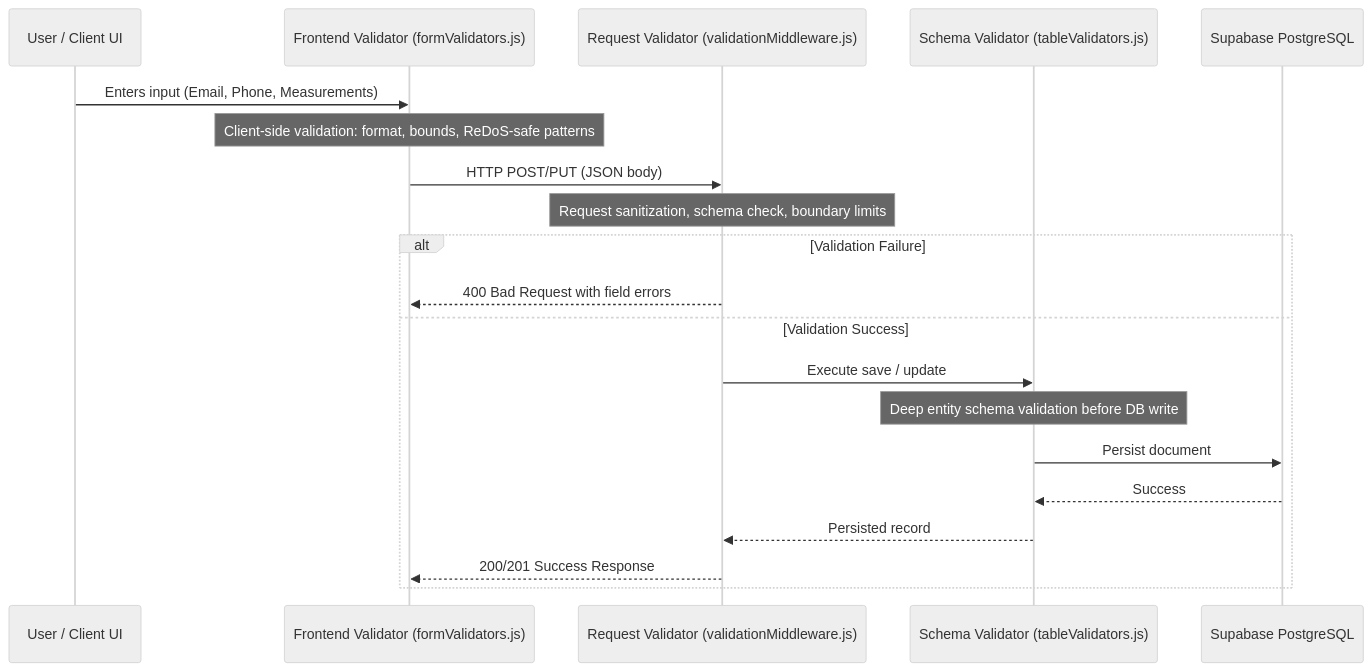
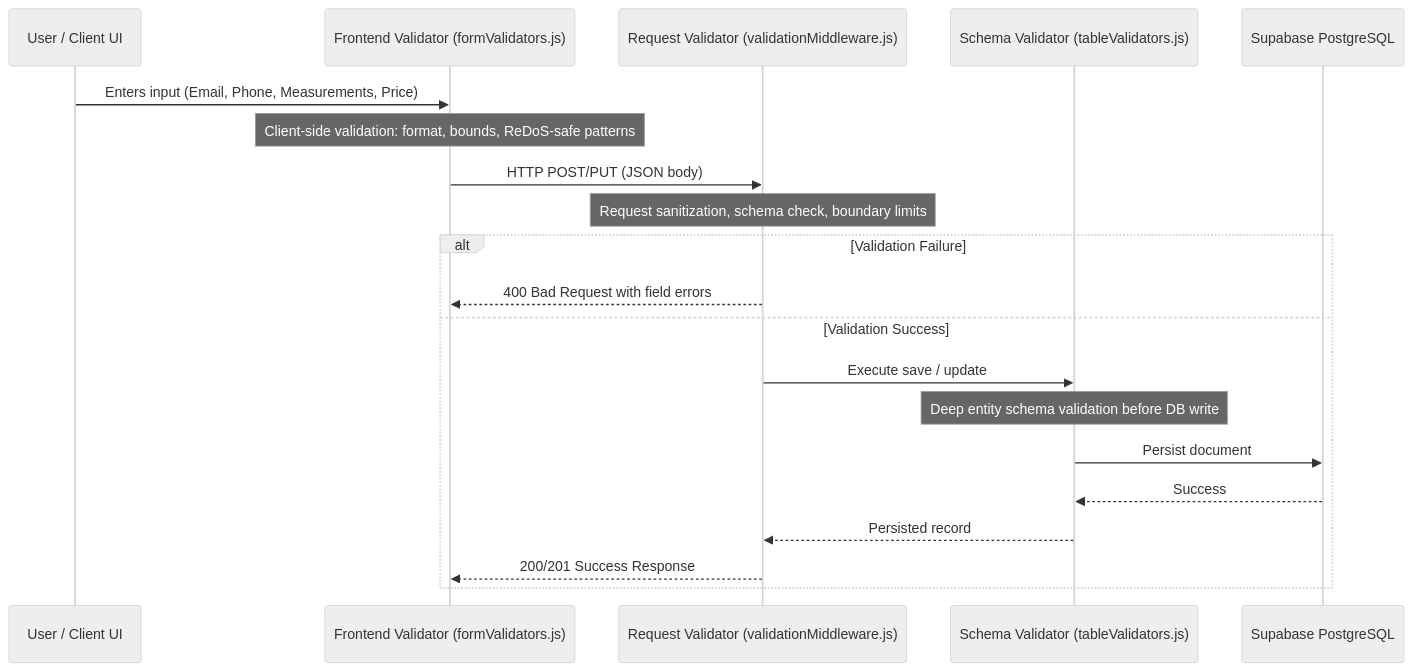
Before and after one commit to manthan2876/StitchCraft: the second of 2 diagrams in docs/ARCHITECTURE.md, drawn with Mermaid (neutral theme). The commit also changed other lines of this file and 6 other files, not shown here.

Commit message:
docs:  update documents according to current architecture.

````diff
--- a/docs/ARCHITECTURE.md
+++ b/docs/ARCHITECTURE.md
@@ -72,23 +79,23 @@
 ```mermaid
 sequenceDiagram
     participant User as User / Client UI
     participant Frontend as Frontend Validator (formValidators.js)
     participant Middleware as Request Validator (validationMiddleware.js)
     participant Model as Schema Validator (tableValidators.js)
     participant DB as Supabase PostgreSQL
 
-    User->>Frontend: Enters input (Email, Phone, Measurements)
+    User->>Frontend: Enters input (Email, Phone, Measurements, Price)
     Note over Frontend: Client-side validation: format, bounds, ReDoS-safe patterns
     Frontend->>Middleware: HTTP POST/PUT (JSON body)
     Note over Middleware: Request sanitization, schema check, boundary limits
     alt Validation Failure
         Middleware-->>Frontend: 400 Bad Request with field errors
     else Validation Success
         Middleware->>Model: Execute save / update
         Note over Model: Deep entity schema validation before DB write
         Model->>DB: Persist document
         DB-->>Model: Success
         Model-->>Middleware: Persisted record
         Middleware-->>Frontend: 200/201 Success Response
     end
 ```
````
